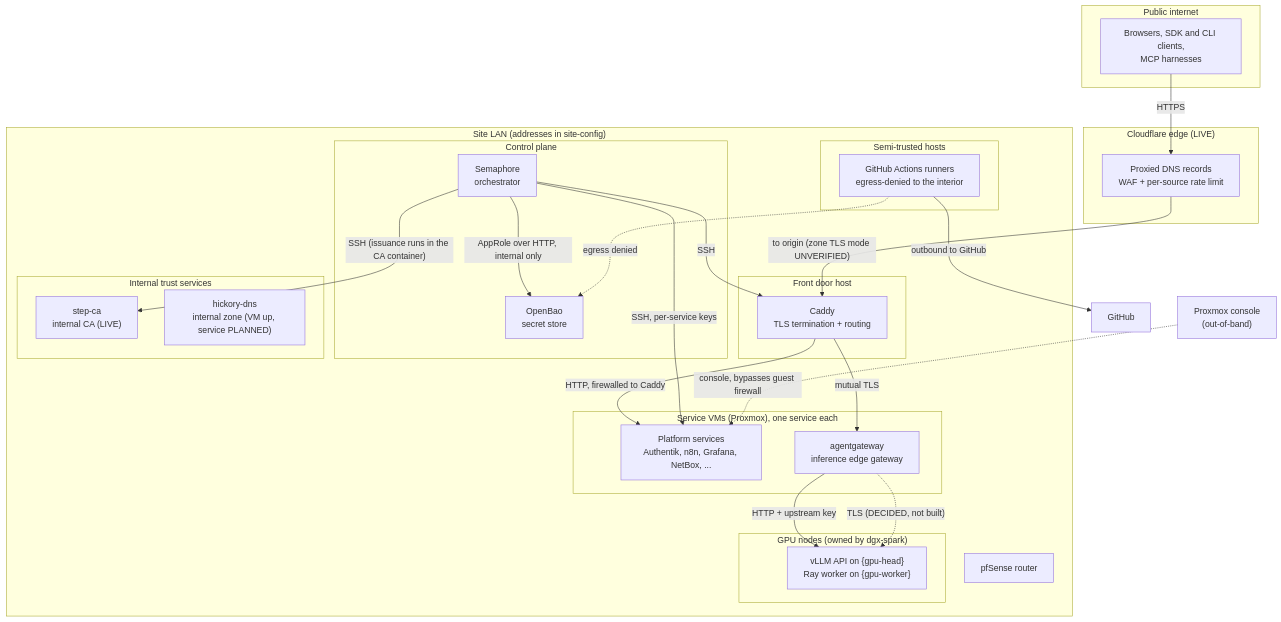
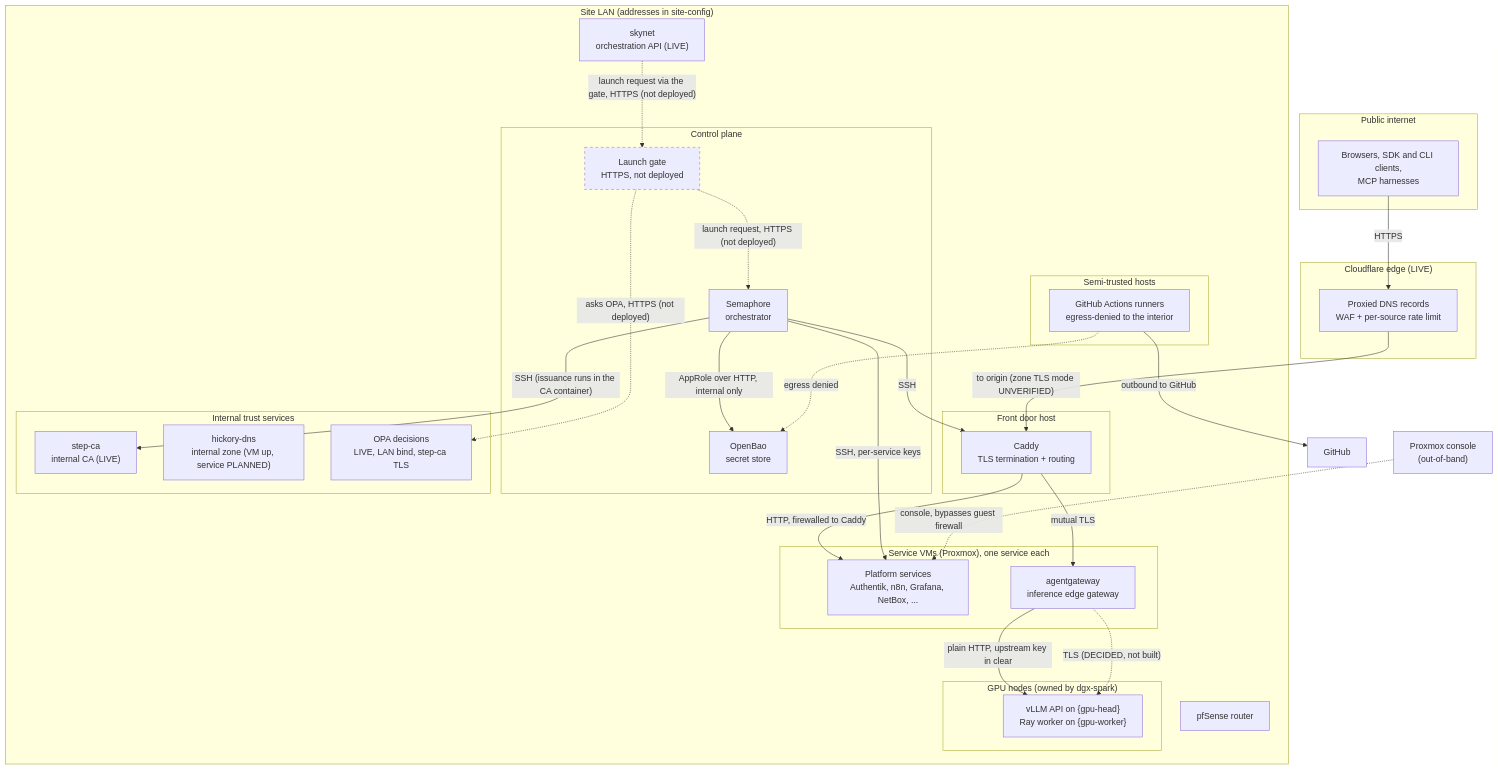
One commit to uhstray-io/agent-cloud changed the first of 14 diagrams in plan/architecture/network-architecture.md. Above: the diagram before and after it, drawn with Mermaid. The commit also changed other lines of this file, not shown here.

First line of the commit message:
docs(architecture): correct the network map against the repository

````diff
--- a/plan/architecture/network-architecture.md
+++ b/plan/architecture/network-architecture.md
@@ -87,52 +87,59 @@
 ```mermaid
 flowchart TB
     subgraph PUB["Public internet"]
         CLIENT["Browsers, SDK and CLI clients,<br/>MCP harnesses"]
     end
 
     subgraph EDGE["Cloudflare edge (LIVE)"]
         CF["Proxied DNS records<br/>WAF + per-source rate limit"]
     end
 
     subgraph LAN["Site LAN (addresses in site-config)"]
         subgraph FRONT["Front door host"]
             CADDY["Caddy<br/>TLS termination + routing"]
         end
         subgraph SVC["Service VMs (Proxmox), one service each"]
             APPS["Platform services<br/>Authentik, n8n, Grafana, NetBox, ..."]
             AGW["agentgateway<br/>inference edge gateway"]
         end
         subgraph CTRL["Control plane"]
             SEM["Semaphore<br/>orchestrator"]
             BAO["OpenBao<br/>secret store"]
+            LG["Launch gate<br/>HTTPS, not deployed"]
         end
         subgraph TRUST["Internal trust services"]
             CA["step-ca<br/>internal CA (LIVE)"]
             DNS["hickory-dns<br/>internal zone (VM up, service PLANNED)"]
+            OPA["OPA decisions<br/>LIVE, LAN bind, step-ca TLS"]
         end
         subgraph GPU["GPU nodes (owned by dgx-spark)"]
             VLLM["vLLM API on {gpu-head}<br/>Ray worker on {gpu-worker}"]
         end
         subgraph SEMI["Semi-trusted hosts"]
             RUN["GitHub Actions runners<br/>egress-denied to the interior"]
         end
+        SKY["skynet<br/>orchestration API (LIVE)"]
         PFS["pfSense router"]
     end
 
     PVE["Proxmox console<br/>(out-of-band)"]
 
     CLIENT -->|"HTTPS"| CF
     CF -->|"to origin (zone TLS mode UNVERIFIED)"| CADDY
     CADDY -->|"HTTP, firewalled to Caddy"| APPS
     CADDY -->|"mutual TLS"| AGW
-    AGW -->|"HTTP + upstream key"| VLLM
+    AGW -->|"plain HTTP, upstream key in clear"| VLLM
     AGW -. "TLS (DECIDED, not built)" .-> VLLM
     SEM -->|"SSH, per-service keys"| APPS
     SEM -->|"SSH"| CADDY
+    LG -. "launch request, HTTPS (not deployed)" .-> SEM
+    LG -. "asks OPA, HTTPS (not deployed)" .-> OPA
+    SKY -. "launch request via the gate, HTTPS (not deployed)" .-> LG
     SEM -->|"AppRole over HTTP, internal only"| BAO
     SEM -->|"SSH (issuance runs in the CA container)"| CA
     GH["GitHub"]
     RUN -->|"outbound to GitHub"| GH
     RUN -. "egress denied" .-> BAO
     PVE -. "console, bypasses guest firewall" .-> APPS
+    style LG stroke-dasharray: 5 5
 ```
````
